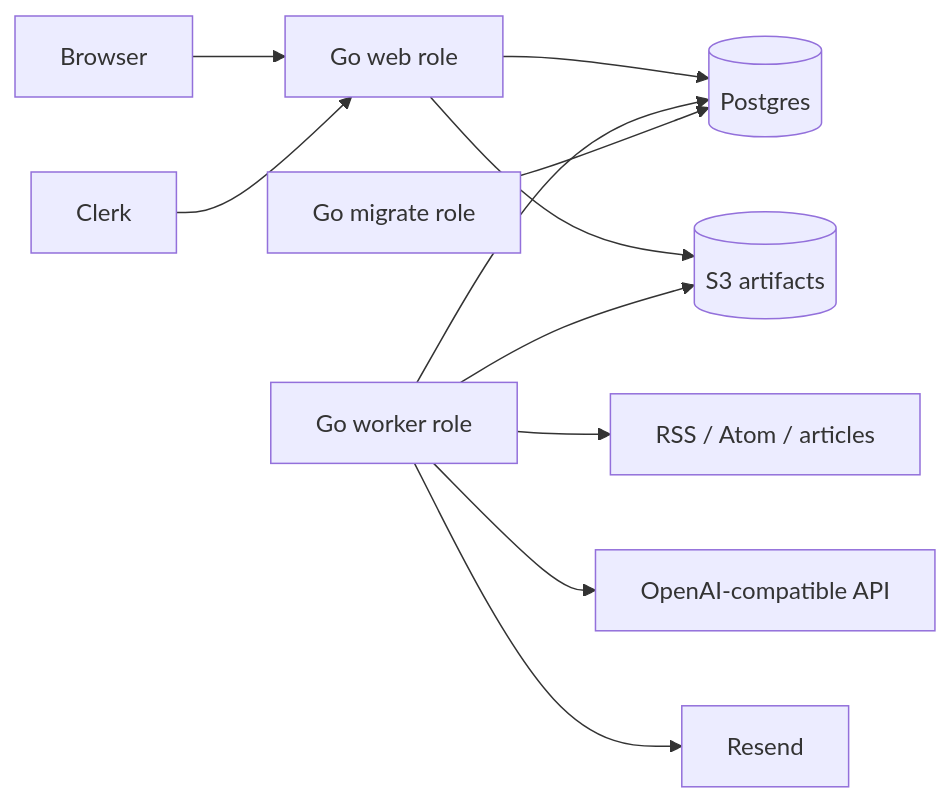
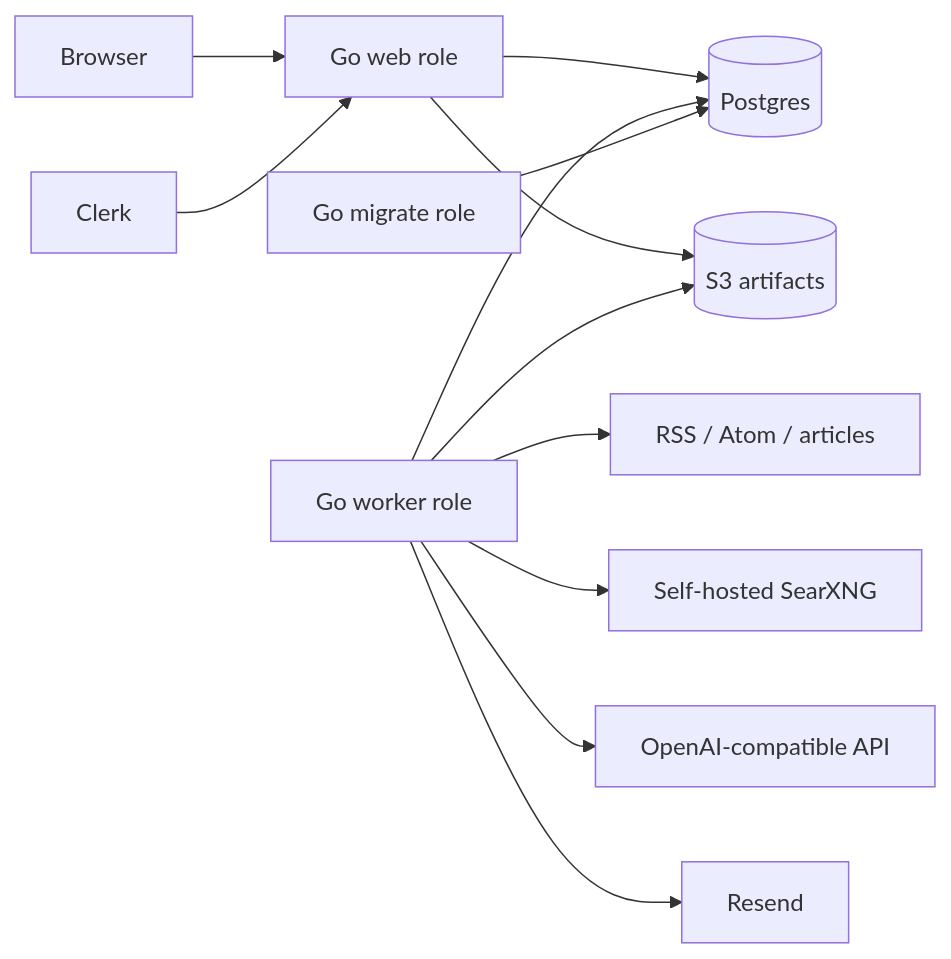
Before and after one commit to VatsalP117/learnloom: the diagram in docs/architecture.md, drawn with Mermaid. The commit also changed other lines of this file and 37 other files, not shown here.

Commit message:
source: complete autonomous discovery and hybrid flows

````diff
--- a/docs/architecture.md
+++ b/docs/architecture.md
@@ -7,13 +7,14 @@
 ```mermaid
 flowchart LR
   Browser --> Web["Go web role"]
   Clerk --> Web
   Web --> PG[(Postgres)]
   Web --> S3[(S3 artifacts)]
   Worker["Go worker role"] --> PG
   Worker --> Sources["RSS / Atom / articles"]
+  Worker --> Search["Self-hosted SearXNG"]
   Worker --> Model["OpenAI-compatible API"]
   Worker --> S3
   Worker --> Resend
   Migrate["Go migrate role"] --> PG
 ```
````
